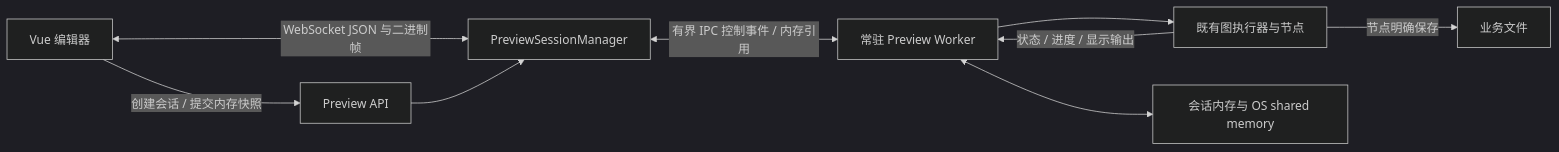
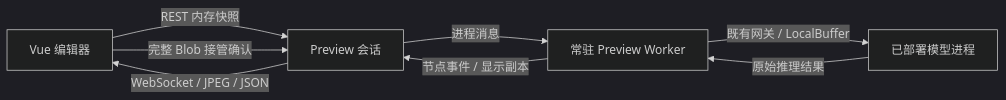
One commit to ammm56/amvision changed the diagram in docs/architecture/workflows/preview-streaming-design.md. Above: the diagram before and after it, drawn with Mermaid (dark theme). The commit also changed other lines of this file and 41 other files, not shown here.

````diff
--- a/docs/architecture/workflows/preview-streaming-design.md
+++ b/docs/architecture/workflows/preview-streaming-design.md
@@ -41,11 +17,10 @@
 ```mermaid
 flowchart LR
-  UI[Vue 编辑器] -->|创建会话 / 提交内存快照| API[Preview API]
-  UI <-->|WebSocket JSON 与二进制帧| Hub[PreviewSessionManager]
-  API --> Hub
-  Hub <-->|有界 IPC 控制事件 / 内存引用| Worker[常驻 Preview Worker]
-  Worker --> Graph[既有图执行器与节点]
-  Graph -->|状态 / 进度 / 显示输出| Worker
-  Worker <--> Mem[会话内存与 OS shared memory]
-  Graph -->|节点明确保存| Files[业务文件]
+ UI[Vue 编辑器] -->|REST 内存快照| API[Preview 会话]
+ API -->|进程消息| W[常驻 Preview Worker]
+ W -->|既有网关 / LocalBuffer| D[已部署模型进程]
+ D -->|原始推理结果| W
+ W -->|节点事件 / 显示副本| API
+ API -->|WebSocket / JPEG / JSON| UI
+ UI -->|完整 Blob 接管确认| API
 ```
````
